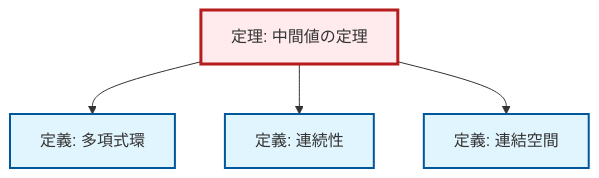
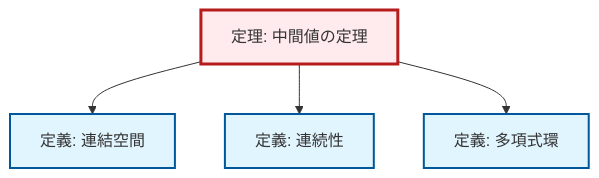
Before and after one commit to RK0429/ModernMath: the diagram in content/ja/topology/thm-intermediate-value.qmd, drawn with Mermaid. The commit also changed 672 other files, not shown here.

````diff
--- a/content/ja/topology/thm-intermediate-value.qmd
+++ b/content/ja/topology/thm-intermediate-value.qmd
@@ -52,20 +52,20 @@
 ```{mermaid}
-%%| fig-cap: "Local dependency graph"
+%%| fig-cap: "ローカル依存関係グラフ"
 graph TD
     classDef definition fill:#e1f5fe,stroke:#01579b,stroke-width:2px
     classDef theorem fill:#f3e5f5,stroke:#4a148c,stroke-width:2px
     classDef axiom fill:#fff3e0,stroke:#e65100,stroke-width:2px
     classDef example fill:#e8f5e9,stroke:#1b5e20,stroke-width:2px
     classDef current fill:#ffebee,stroke:#b71c1c,stroke-width:3px
     def-continuity["定義: 連続性"]:::definition
+    def-polynomial-ring["定義: 多項式環"]:::definition
     thm-intermediate-value["定理: 中間値の定理"]:::theorem
     def-connected["定義: 連結空間"]:::definition
-    def-polynomial-ring["定義: 多項式環"]:::definition
+    thm-intermediate-value --> def-connected
+    thm-intermediate-value --> def-continuity
     thm-intermediate-value --> def-polynomial-ring
-    thm-intermediate-value --> def-continuity
-    thm-intermediate-value --> def-connected
     class thm-intermediate-value current
     click def-continuity "def-continuity.html" "連続性の定義へ"
+    click def-polynomial-ring "def-polynomial-ring.html" "多項式環の定義へ"
     click def-connected "def-connected.html" "連結空間の定義へ"
-    click def-polynomial-ring "def-polynomial-ring.html" "多項式環の定義へ"
 ```
````
